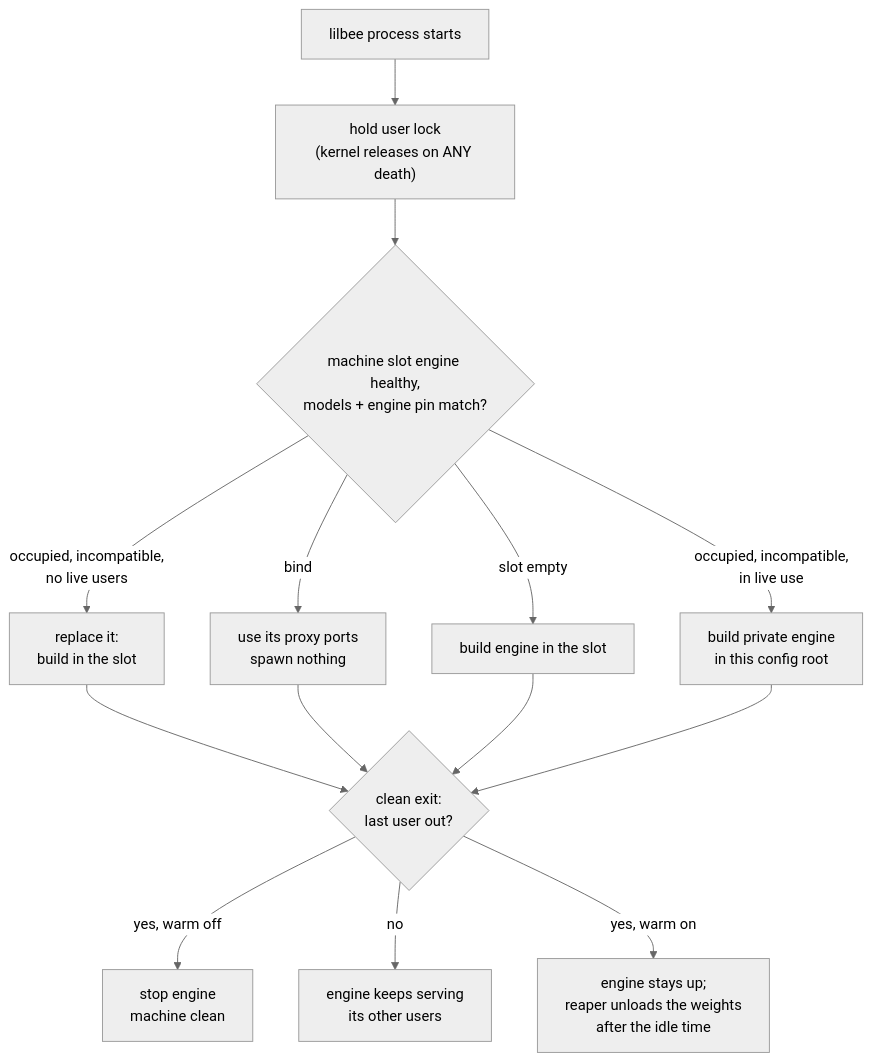
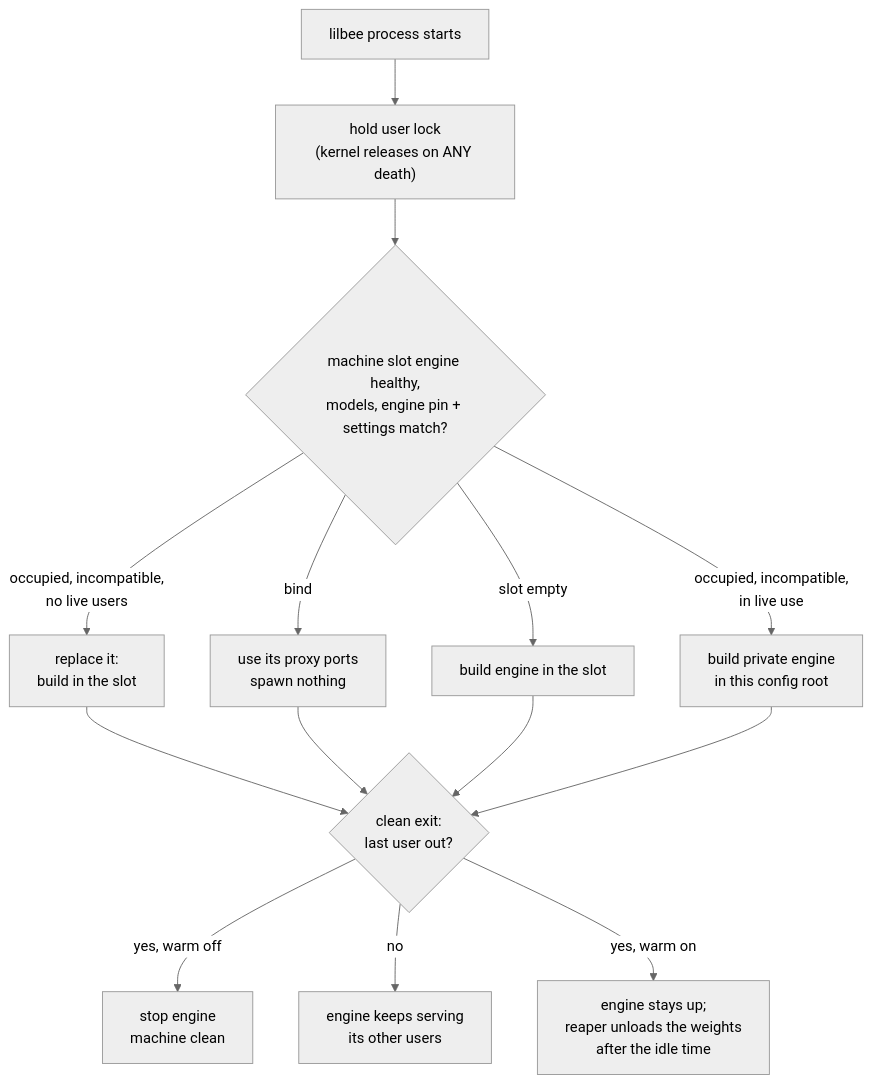
Before and after one commit to tobocop2/lilbee: diagram 12 of 16 in docs/architecture.md, drawn with Mermaid (neutral theme). The commit also changed other lines of this file and 286 other files, not shown here.

````diff
--- a/docs/architecture.md
+++ b/docs/architecture.md
@@ -1188,16 +1196,16 @@
 ```mermaid
 flowchart TD
     S["lilbee process starts"] --> L["hold user lock<br/>(kernel releases on ANY death)"]
-    L --> Q{"machine slot engine healthy,<br/>models + engine pin match?"}
+    L --> Q{"machine slot engine healthy,<br/>models, engine pin + settings match?"}
     Q -- bind --> B["use its proxy ports<br/>spawn nothing"]
     Q -- "slot empty" --> BU["build engine in the slot"]
     Q -- "occupied, incompatible,<br/>in live use" --> PR["build private engine<br/>in this config root"]
     Q -- "occupied, incompatible,<br/>no live users" --> RP["replace it:<br/>build in the slot"]
     RP --> X
     B --> X{"clean exit:<br/>last user out?"}
     BU --> X
     PR --> X
     X -- "yes, warm off" --> STOP["stop engine<br/>machine clean"]
     X -- "no" --> LEAVE["engine keeps serving<br/>its other users"]
     X -- "yes, warm on" --> WARM["engine stays up;<br/>reaper unloads the weights<br/>after the idle time"]
 ```
````
